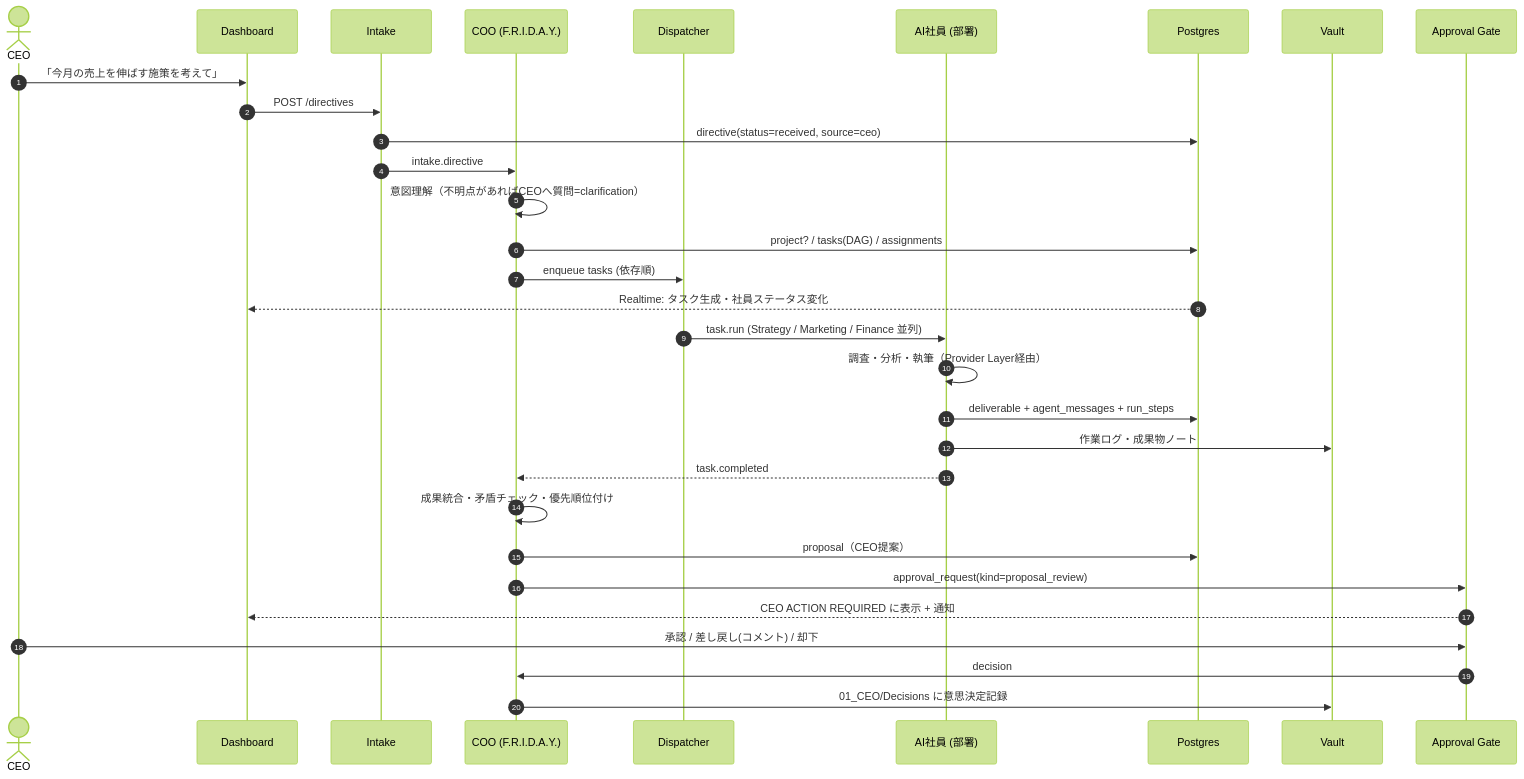
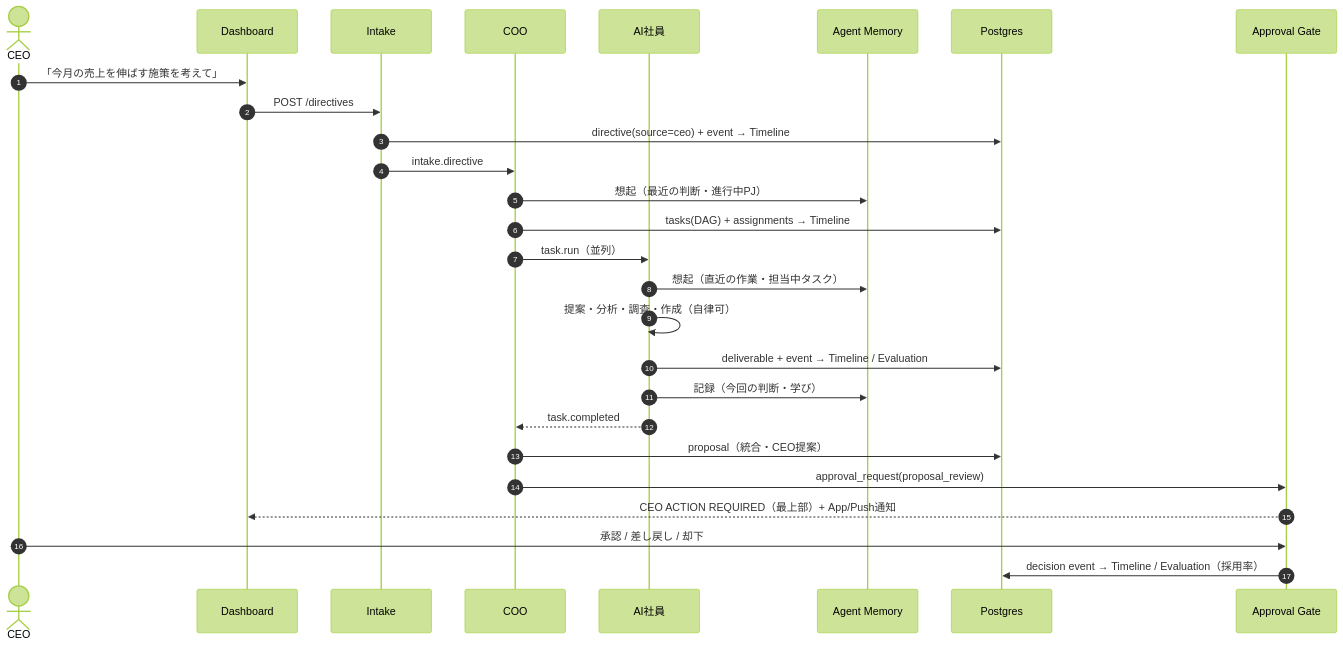
Before and after one commit to Re-Palette/ARQO-Company: the second of 6 diagrams in docs/design/01-architecture.md, drawn with Mermaid (forest theme). The commit also changed other lines of this file and 32 other files, not shown here.

First line of the commit message:
docs: update system design to v1.0 per CEO review

````diff
--- a/docs/design/01-architecture.md
+++ b/docs/design/01-architecture.md
@@ -134,34 +160,30 @@
 ```mermaid
 sequenceDiagram
     autonumber
     actor CEO
     participant UI as Dashboard
     participant IN as Intake
-    participant COO as COO (F.R.I.D.A.Y.)
-    participant Q as Dispatcher
-    participant AG as AI社員 (部署)
+    participant COO as COO
+    participant AG as AI社員
+    participant MEM as Agent Memory
     participant DB as Postgres
-    participant V as Vault
     participant G as Approval Gate
 
     CEO->>UI: 「今月の売上を伸ばす施策を考えて」
     UI->>IN: POST /directives
-    IN->>DB: directive(status=received, source=ceo)
+    IN->>DB: directive(source=ceo) + event → Timeline
     IN->>COO: intake.directive
-    COO->>COO: 意図理解（不明点があればCEOへ質問=clarification）
-    COO->>DB: project? / tasks(DAG) / assignments
-    COO->>Q: enqueue tasks (依存順)
-    DB-->>UI: Realtime: タスク生成・社員ステータス変化
-    Q->>AG: task.run (Strategy / Marketing / Finance 並列)
-    AG->>AG: 調査・分析・執筆（Provider Layer経由）
-    AG->>DB: deliverable + agent_messages + run_steps
-    AG->>V: 作業ログ・成果物ノート
+    COO->>MEM: 想起（最近の判断・進行中PJ）
+    COO->>DB: tasks(DAG) + assignments → Timeline
+    COO->>AG: task.run（並列）
+    AG->>MEM: 想起（直近の作業・担当中タスク）
+    AG->>AG: 提案・分析・調査・作成（自律可）
+    AG->>DB: deliverable + event → Timeline / Evaluation
+    AG->>MEM: 記録（今回の判断・学び）
     AG-->>COO: task.completed
-    COO->>COO: 成果統合・矛盾チェック・優先順位付け
-    COO->>DB: proposal（CEO提案）
-    COO->>G: approval_request(kind=proposal_review)
-    G-->>UI: CEO ACTION REQUIRED に表示 + 通知
-    CEO->>G: 承認 / 差し戻し(コメント) / 却下
-    G->>COO: decision
-    COO->>V: 01_CEO/Decisions に意思決定記録
+    COO->>DB: proposal（統合・CEO提案）
+    COO->>G: approval_request(proposal_review)
+    G-->>UI: CEO ACTION REQUIRED（最上部）+ App/Push通知
+    CEO->>G: 承認 / 差し戻し / 却下
+    G->>DB: decision event → Timeline / Evaluation（採用率）
 ```
````
